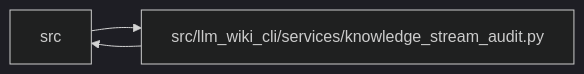
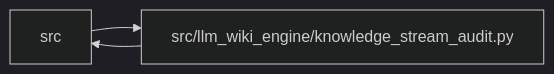
Before and after one commit to Denissvgn/python-wiki-llm: the diagram in docs/llm_wiki/modules/knowledge_stream_audit.md, drawn with Mermaid (dark theme). The commit also changed other lines of this file and 1058 other files, not shown here.

First line of the commit message:
docs: refresh the wiki for the knowledge store move

````diff
--- a/docs/llm_wiki/modules/knowledge_stream_audit.md
+++ b/docs/llm_wiki/modules/knowledge_stream_audit.md
@@ -34,8 +34,8 @@
 ```mermaid
 flowchart LR
     n0["src"]
-    n1["src/llm_wiki_cli/services/knowledge_stream_audit.py"]
+    n1["src/llm_wiki_engine/knowledge_stream_audit.py"]
     n0 --> n1
     n1 --> n0
     click n1 "../modules/knowledge_stream_audit.md"
 ```
````
